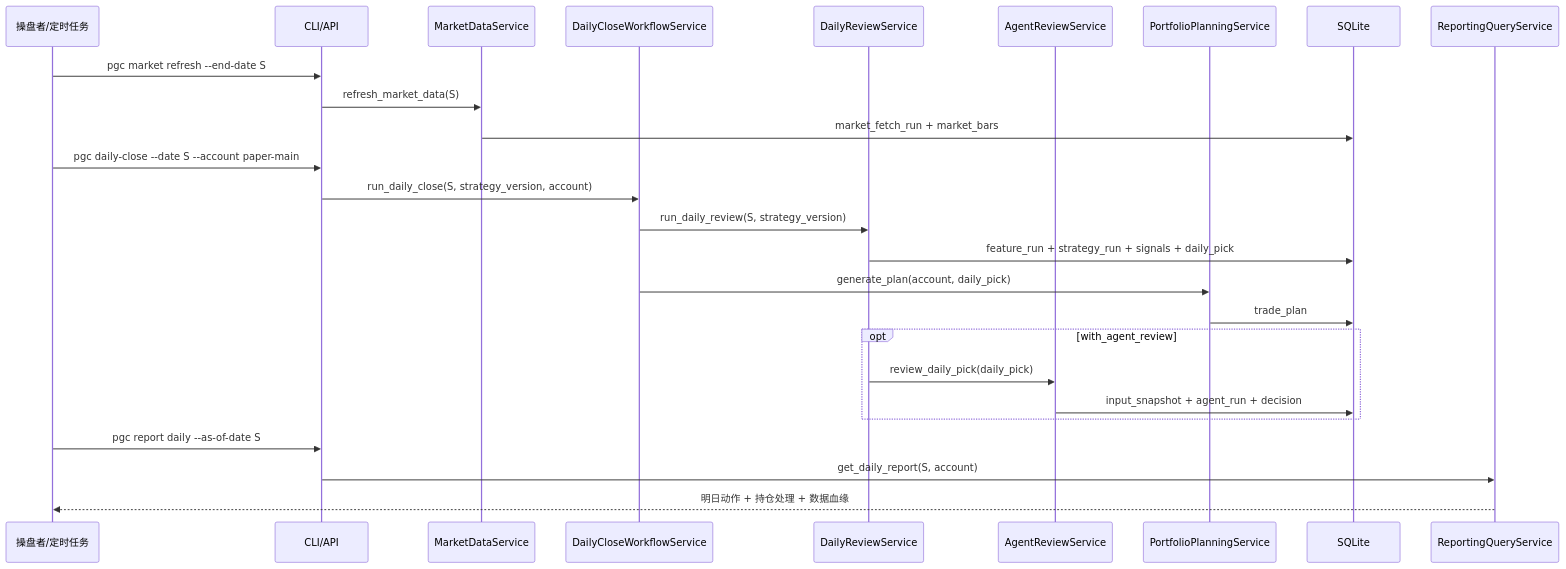
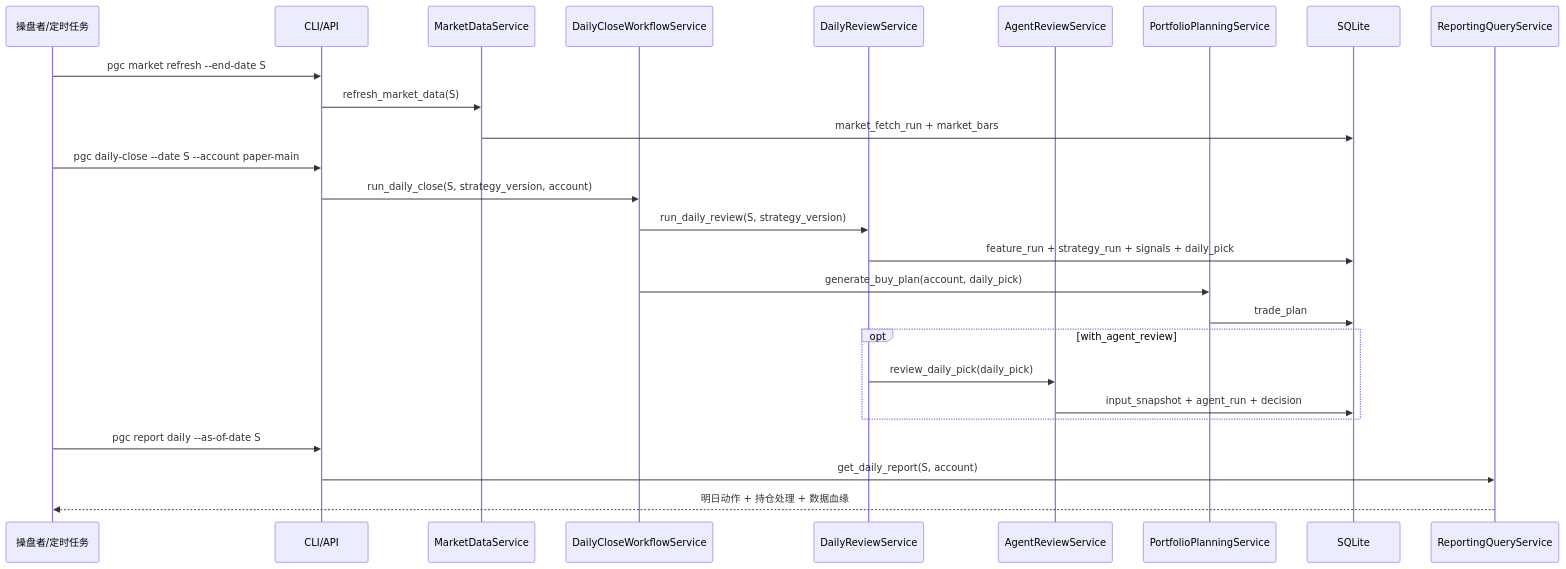
One commit to Azbboo/pgc-a changed the second of 4 diagrams in reports/api_cli_contract_design.md. Above: the diagram before and after it, drawn with Mermaid. The commit also changed other lines of this file and 5 other files, not shown here.

Commit message:
Wire buy plan CLI command

````diff
--- a/reports/api_cli_contract_design.md
+++ b/reports/api_cli_contract_design.md
@@ -664,29 +667,29 @@
 ```mermaid
 sequenceDiagram
   participant Op as 操盘者/定时任务
   participant CLI as CLI/API
   participant Market as MarketDataService
   participant Workflow as DailyCloseWorkflowService
   participant Review as DailyReviewService
   participant Agent as AgentReviewService
   participant Plan as PortfolioPlanningService
   participant Store as SQLite
   participant Report as ReportingQueryService
 
   Op->>CLI: pgc market refresh --end-date S
   CLI->>Market: refresh_market_data(S)
   Market->>Store: market_fetch_run + market_bars
   Op->>CLI: pgc daily-close --date S --account paper-main
   CLI->>Workflow: run_daily_close(S, strategy_version, account)
   Workflow->>Review: run_daily_review(S, strategy_version)
   Review->>Store: feature_run + strategy_run + signals + daily_pick
-  Workflow->>Plan: generate_plan(account, daily_pick)
+  Workflow->>Plan: generate_buy_plan(account, daily_pick)
   Plan->>Store: trade_plan
   opt with_agent_review
     Review->>Agent: review_daily_pick(daily_pick)
     Agent->>Store: input_snapshot + agent_run + decision
   end
   Op->>CLI: pgc report daily --as-of-date S
   CLI->>Report: get_daily_report(S, account)
   Report-->>Op: 明日动作 + 持仓处理 + 数据血缘
 ```
````
